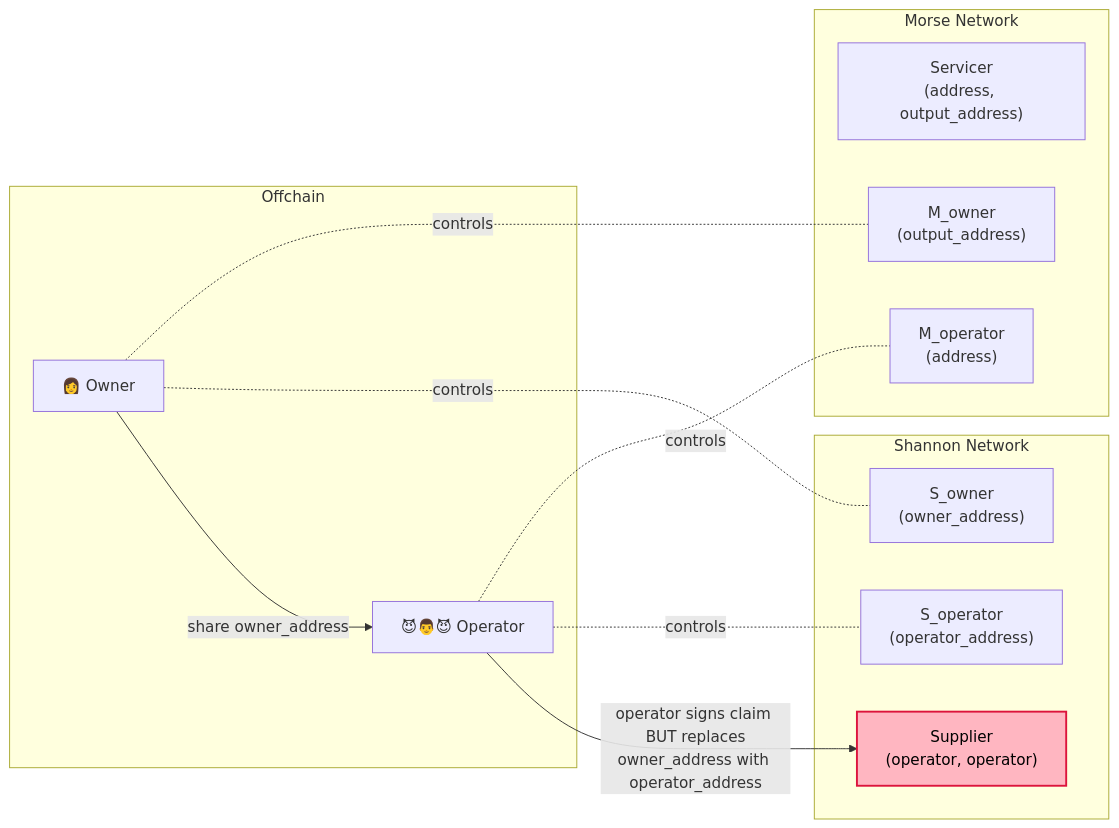
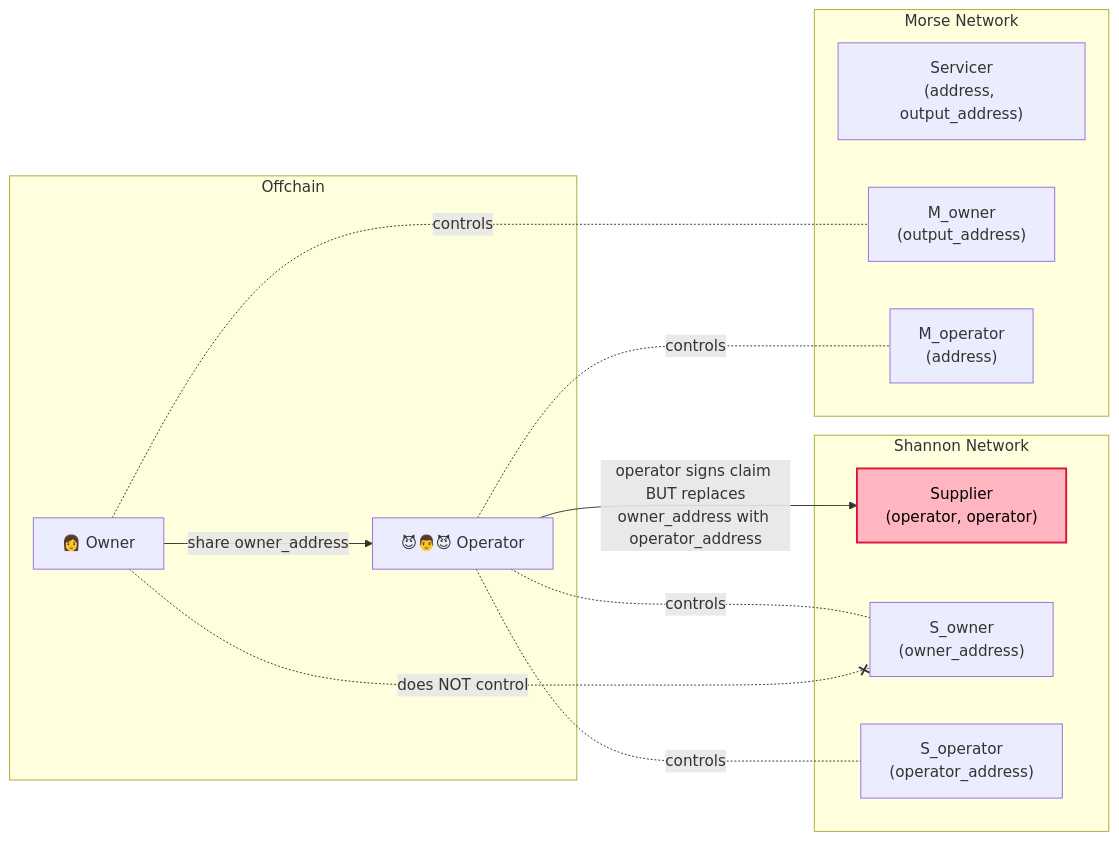
Before and after one commit to pokt-network/poktroll: the fourth of 4 diagrams in docusaurus/docs/2_explore/4_morse_migration/10_non_custodial_intro.md, drawn with Mermaid. The commit also changed other lines of this file, not shown here.

Commit message:
docs: update non-custodial table & #3 flowchart

````diff
--- a/docusaurus/docs/2_explore/4_morse_migration/10_non_custodial_intro.md
+++ b/docusaurus/docs/2_explore/4_morse_migration/10_non_custodial_intro.md
@@ -214,30 +209,31 @@
 ```mermaid
 graph LR
     subgraph Offchain[Offchain]
         Owner["👩 Owner"]
         Operator["😈👨😈 Operator"]
     end
 
     subgraph Morse[Morse Network]
         Servicer["Servicer<br/>(address, output_address)"]
         M_owner["M_owner<br/>(output_address)"]
         M_operator["M_operator<br/>(address)"]
     end
 
     subgraph Shannon[Shannon Network]
         Supplier["Supplier<br/>(operator, operator)"]
         S_owner["S_owner<br/>(owner_address)"]
         S_operator["S_operator<br/>(operator_address)"]
     end
 
     Owner -.-|"controls"| M_owner
-    Owner -.-|"controls"| S_owner
+    Owner -.-x|"does NOT control"| S_owner
+    Operator -.-|"controls"| S_owner
     Operator -.-|"controls"| M_operator
     Operator -.-|"controls"| S_operator
 
     Owner -->|share owner_address<br/> | Operator
     Operator -->|"operator signs claim <br/> BUT replaces <br/>owner_address with operator_address<br/>"| Supplier
 
     classDef red fill:#FFB6C1,stroke:#DC143C,stroke-width:2px,color:#000000
     class Supplier red
 ```
````
